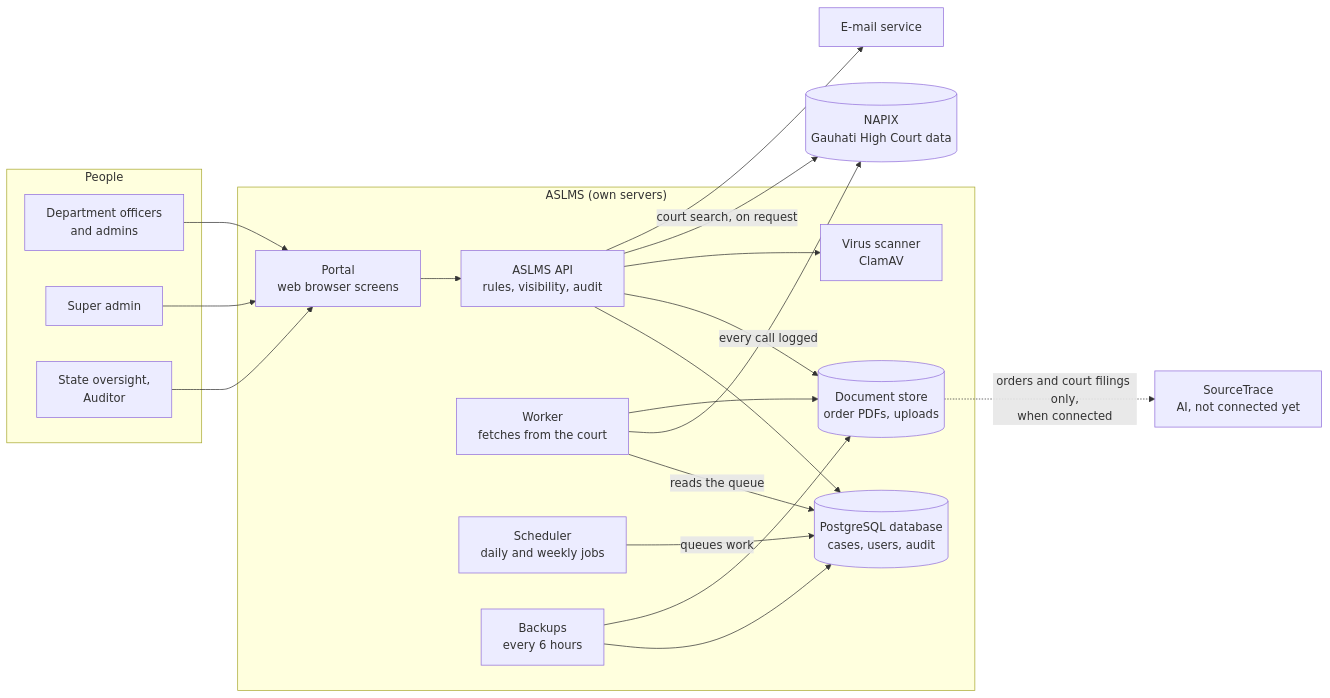
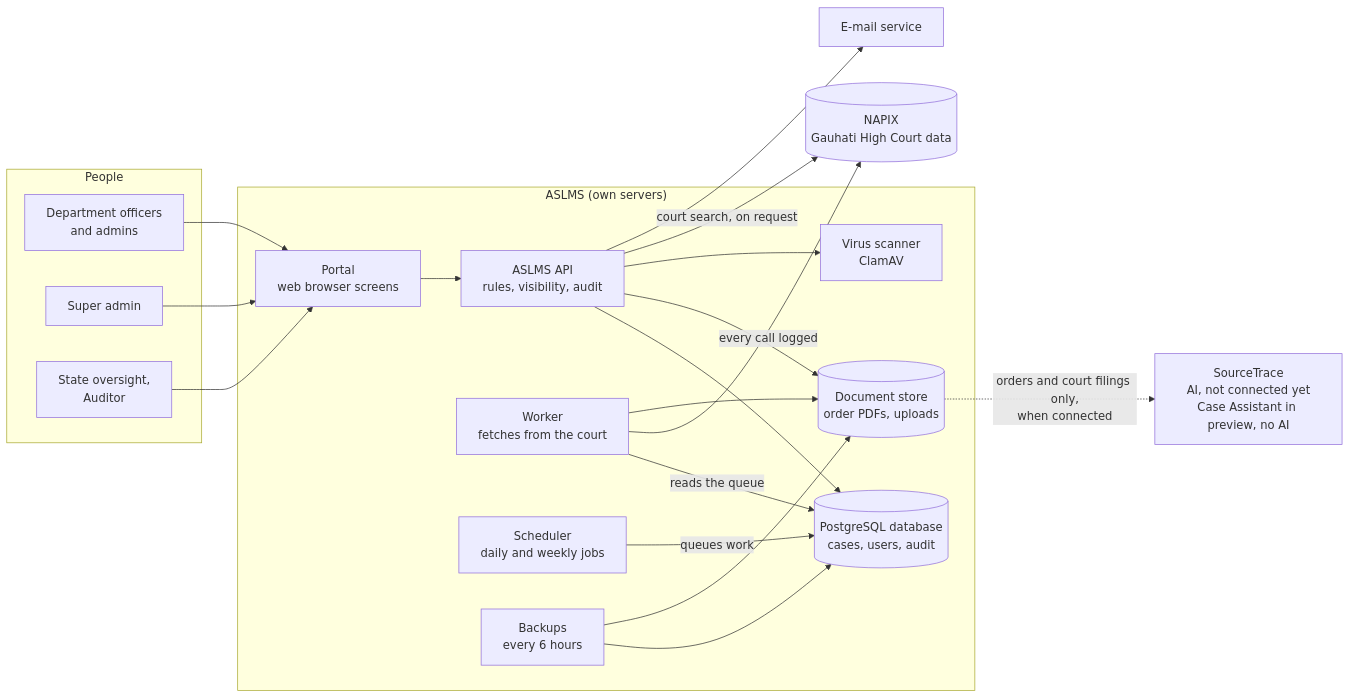
The first of 10 diagrams in docs/ASLMS_Process_Workflows.md (nayanlhuzuri/ASLMS), drawn with Mermaid before and after one commit. The commit also changed other lines of this file and 52 other files, not shown here.

First line of the commit message:
assistant: the Case Assistant (row 14)

````diff
--- a/docs/ASLMS_Process_Workflows.md
+++ b/docs/ASLMS_Process_Workflows.md
@@ -52,36 +52,36 @@
 ```mermaid
 flowchart LR
     subgraph People
         U1[Department officers<br/>and admins]
         U2[Super admin]
         U3[State oversight,<br/>Auditor]
     end
 
     subgraph ASLMS["ASLMS (own servers)"]
         WEB[Portal<br/>web browser screens]
         API[ASLMS API<br/>rules, visibility, audit]
         DB[(PostgreSQL database<br/>cases, users, audit)]
         STORE[(Document store<br/>order PDFs, uploads)]
         WORKER[Worker<br/>fetches from the court]
         SCHED[Scheduler<br/>daily and weekly jobs]
         AV[Virus scanner<br/>ClamAV]
         BK[Backups<br/>every 6 hours]
     end
 
     NAPIX[(NAPIX<br/>Gauhati High Court data)]
     MAIL[E-mail service]
-    ST[SourceTrace<br/>AI, not connected yet]
+    ST[SourceTrace<br/>AI, not connected yet<br/>Case Assistant in preview, no AI]
 
     U1 & U2 & U3 --> WEB --> API
     API --> DB
     API --> STORE
     API --> AV
     SCHED -->|queues work| DB
     WORKER -->|reads the queue| DB
     WORKER -->|every call logged| NAPIX
     API -->|court search, on request| NAPIX
     WORKER --> STORE
     API --> MAIL
     BK --> DB & STORE
     STORE -.->|"orders and court filings only,<br/>when connected"| ST
 ```
````
